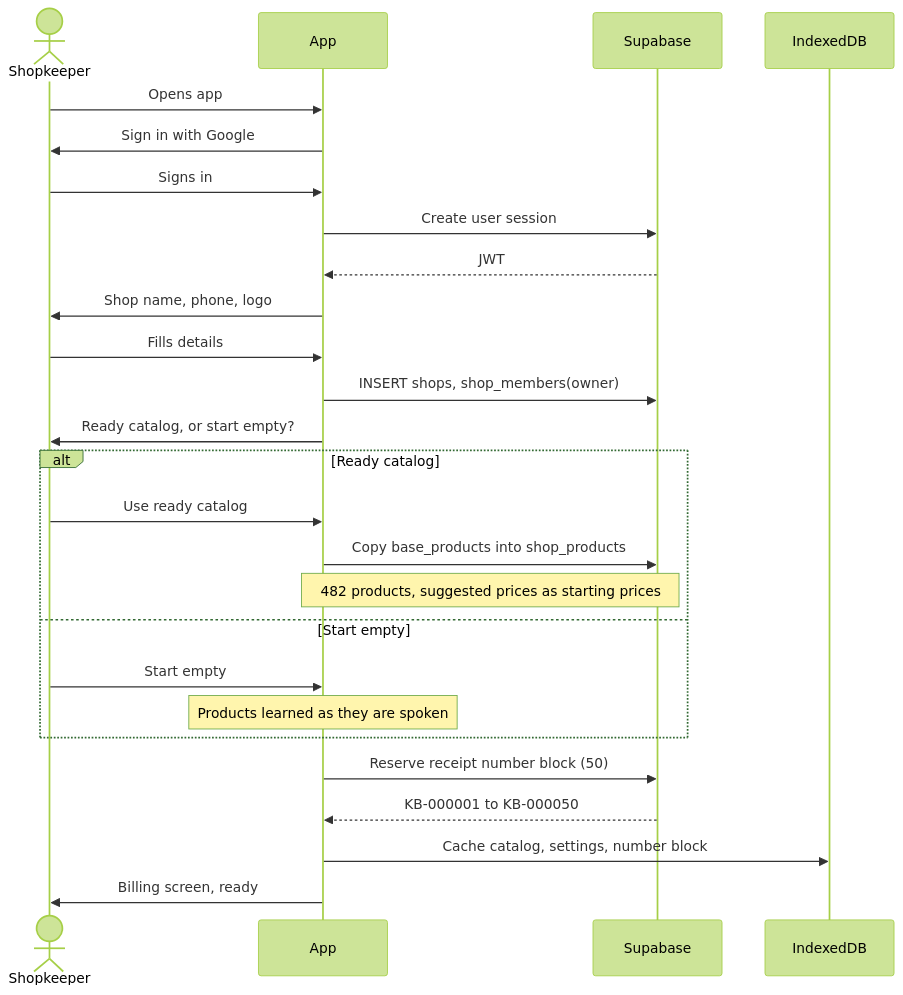
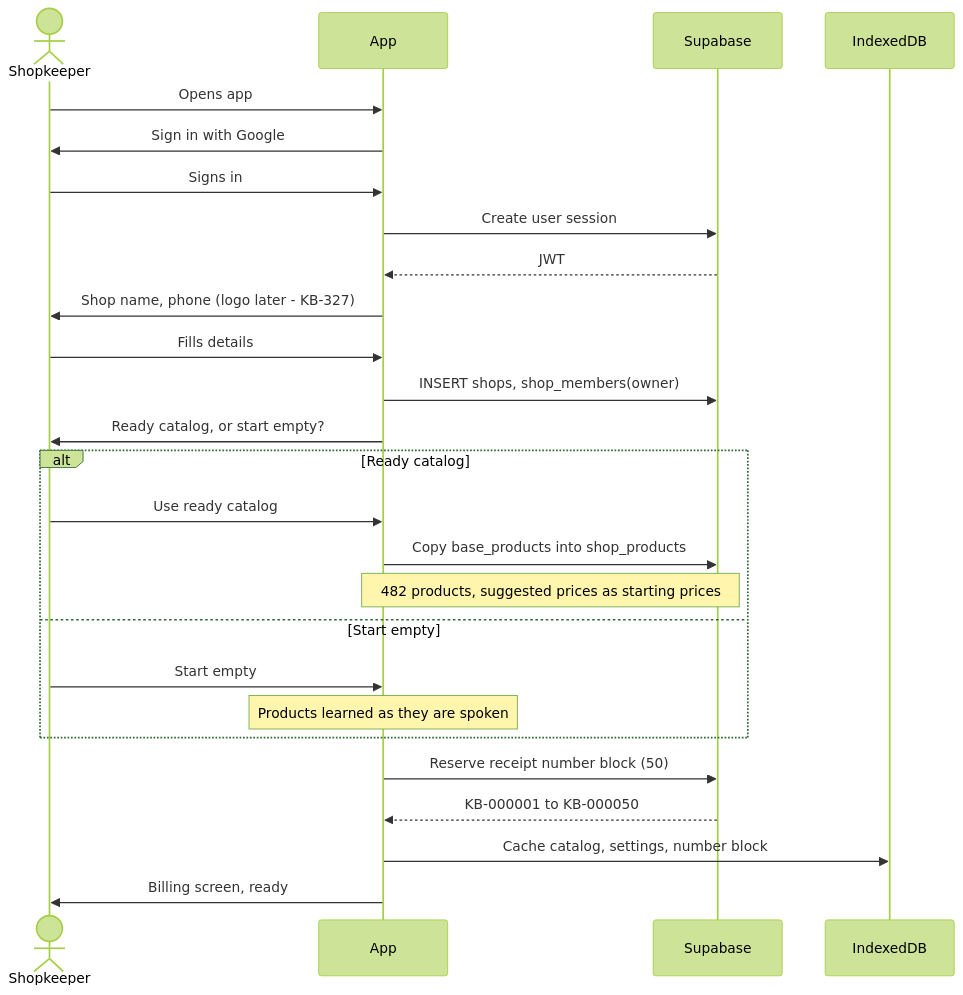
One commit to anshg05/kiranabill changed the second of 8 diagrams in docs/16-APP-FLOW.md. Above: the diagram before and after it, drawn with Mermaid (forest theme). The commit also changed other lines of this file and 8 other files, not shown here.

````diff
--- a/docs/16-APP-FLOW.md
+++ b/docs/16-APP-FLOW.md
@@ -45,32 +45,32 @@
 ```mermaid
 sequenceDiagram
     actor Shopkeeper
     participant App
     participant Supabase
     participant Local as IndexedDB
 
     Shopkeeper->>App: Opens app
     App->>Shopkeeper: Sign in with Google
     Shopkeeper->>App: Signs in
     App->>Supabase: Create user session
     Supabase-->>App: JWT
 
-    App->>Shopkeeper: Shop name, phone, logo
+    App->>Shopkeeper: Shop name, phone (logo later - KB-327)
     Shopkeeper->>App: Fills details
     App->>Supabase: INSERT shops, shop_members(owner)
 
     App->>Shopkeeper: Ready catalog, or start empty?
     alt Ready catalog
         Shopkeeper->>App: Use ready catalog
         App->>Supabase: Copy base_products into shop_products
         Note over App,Supabase: 482 products, suggested prices as starting prices
     else Start empty
         Shopkeeper->>App: Start empty
         Note over App: Products learned as they are spoken
     end
 
     App->>Supabase: Reserve receipt number block (50)
     Supabase-->>App: KB-000001 to KB-000050
     App->>Local: Cache catalog, settings, number block
     App->>Shopkeeper: Billing screen, ready
 ```
````
